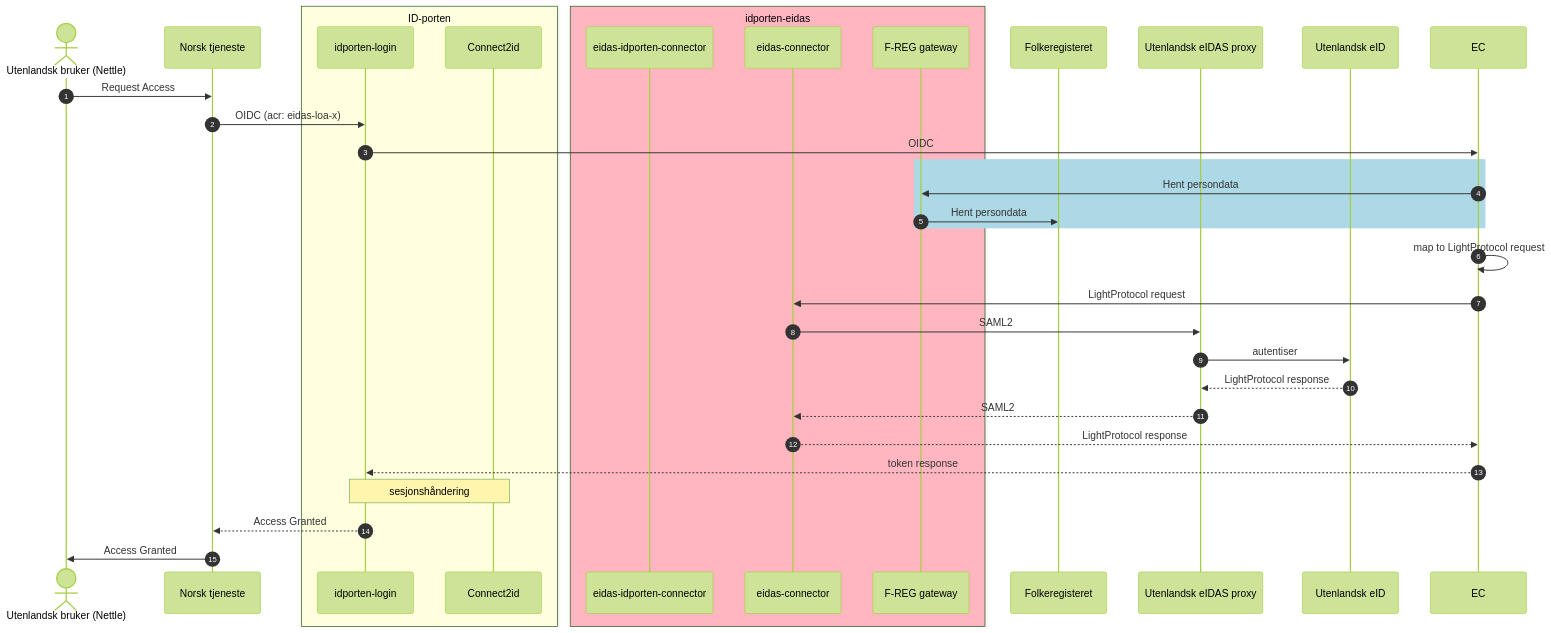
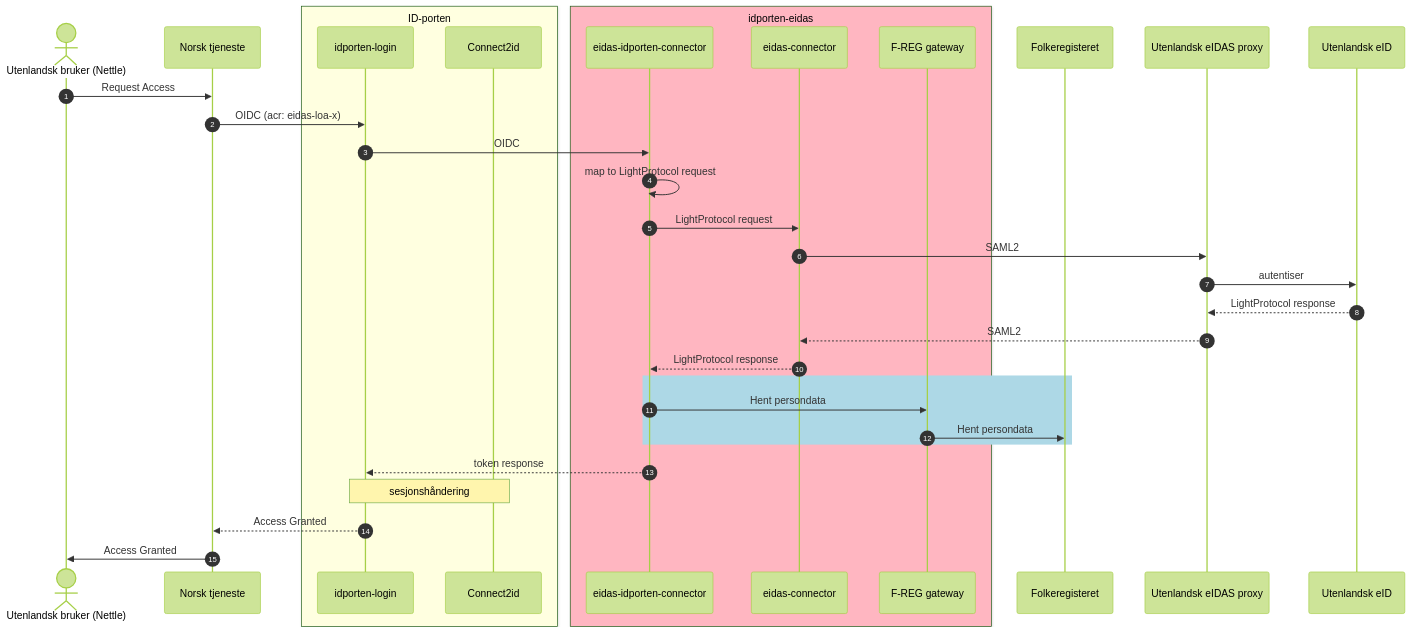
The second of 2 diagrams in README.md (felleslosninger/eidas-demo-countries), drawn with Mermaid (forest theme) before and after one commit.

Commit message:
fikse flytdiagram

````diff
--- a/README.md
+++ b/README.md
@@ -78,37 +78,38 @@
 ```mermaid  
 sequenceDiagram
 autonumber
     actor User as Utenlandsk bruker (Nettle)
     participant SP as Norsk tjeneste
     box lightyellow ID-porten
     participant IL as idporten-login
     participant C2ID as Connect2id
     end
     box lightpink idporten-eidas
-        participant EL as eidas-idporten-connector
+        participant EC as eidas-idporten-connector
         participant NEC as eidas-connector
         participant FRGW as F-REG gateway
     end
     participant FR as Folkeregisteret
     participant UPS as Utenlandsk eIDAS proxy
     participant IDP as Utenlandsk eID
 
     User->>SP: Request Access
     SP->>IL: OIDC (acr: eidas-loa-x)
     IL->>EC: OIDC
-    rect lightblue
-    EC->>FRGW: Hent persondata
-    FRGW->>FR: Hent persondata
-    end
+
     EC->>EC: map to LightProtocol request
     EC->>NEC: LightProtocol request
     NEC->>UPS: SAML2
     UPS->>IDP: autentiser
     IDP-->> UPS: LightProtocol response
     UPS-->>NEC: SAML2
     NEC-->>EC: LightProtocol response
+    rect lightblue
+        EC->>FRGW: Hent persondata
+        FRGW->>FR: Hent persondata
+    end
     EC-->>IL: token response
     Note over IL,C2ID: sesjonshåndering
     IL-->>SP: Access Granted
     SP->>User: Access Granted
 ```    
````
